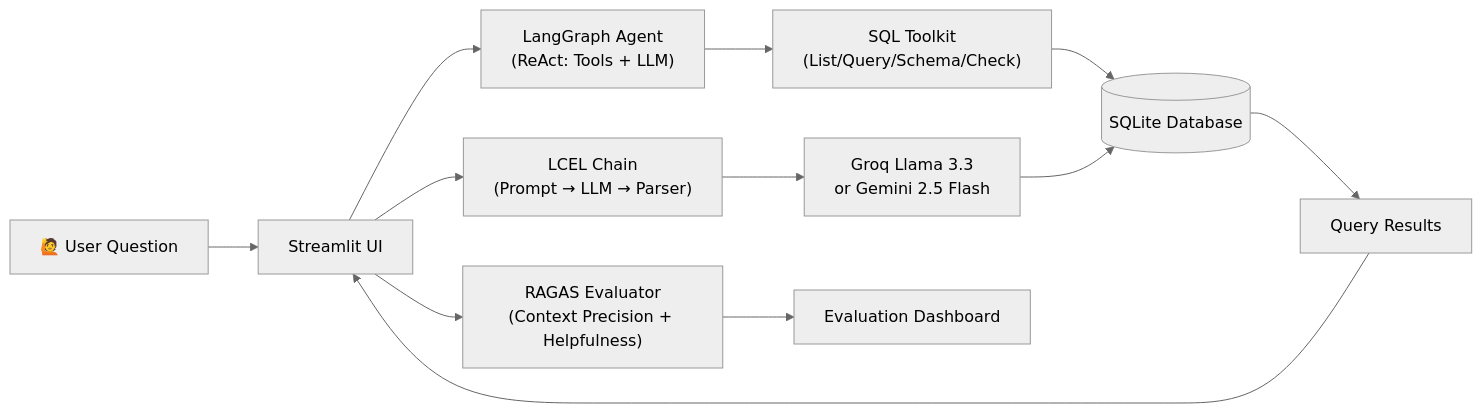
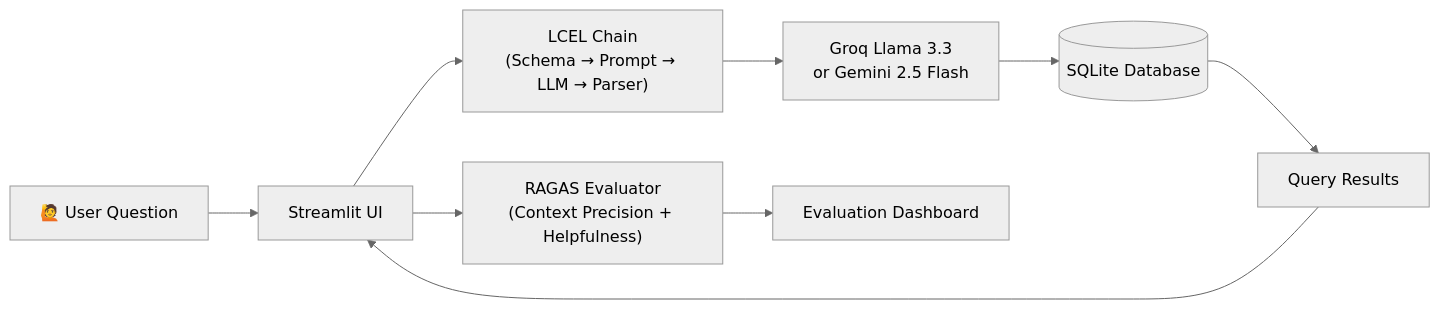
Before and after one commit to kairav7220/Text-to-SQL-Chatbot-main: the diagram in README.md, drawn with Mermaid (neutral theme). The commit also changed other lines of this file, not shown here.

````diff
--- a/README.md
+++ b/README.md
@@ -47,17 +46,13 @@
 ```mermaid
 flowchart LR
   User["🙋 User Question"] --> UI["Streamlit UI"]
-  UI --> Chain["LCEL Chain<br/>(Prompt → LLM → Parser)"]
-  UI --> Agent["LangGraph Agent<br/>(ReAct: Tools + LLM)"]
-  
-  Chain --> LLM1["Groq Llama 3.3<br/>or Gemini 2.5 Flash"]
-  Agent --> Tools["SQL Toolkit<br/>(List/Query/Schema/Check)"]
-  Tools --> DB[("SQLite Database")]
-  LLM1 --> DB
+  UI --> Chain["LCEL Chain<br/>(Schema → Prompt → LLM → Parser)"]
+  Chain --> LLM["Groq Llama 3.3<br/>or Gemini 2.5 Flash"]
+  LLM --> DB[("SQLite Database")]
   
   DB --> Results["Query Results"]
   Results --> UI
   
   UI --> Eval["RAGAS Evaluator<br/>(Context Precision + Helpfulness)"]
   Eval --> Dashboard["Evaluation Dashboard"]
 ```
````
